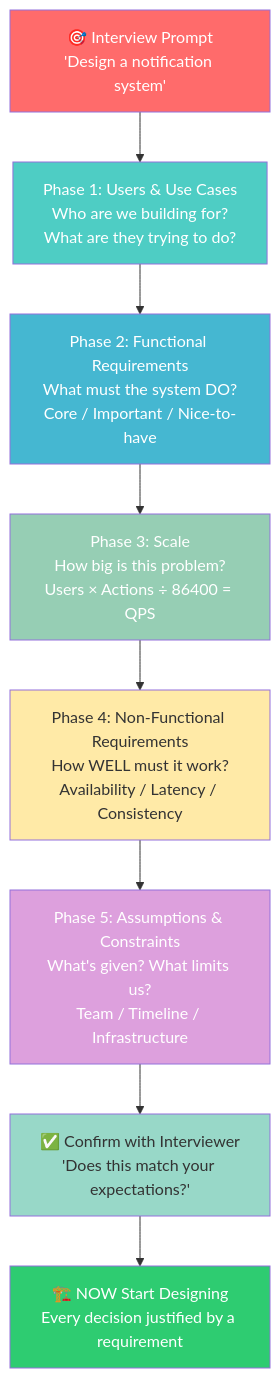
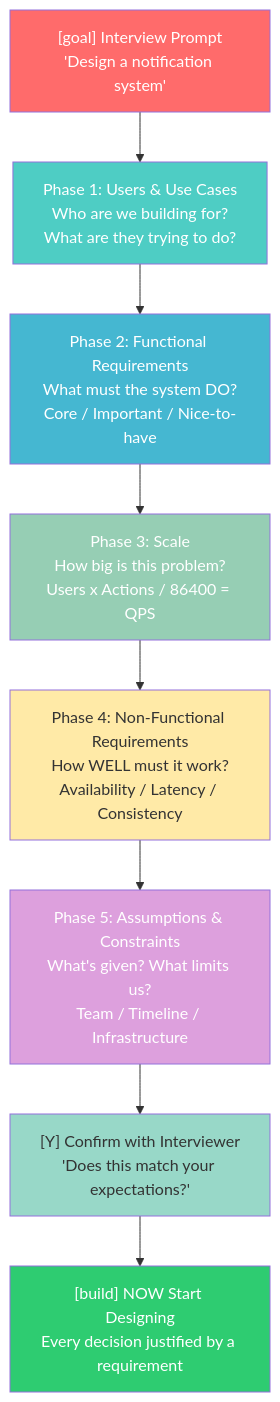
The first of 5 diagrams in Section2/Chapter_13_System_Design_Framework.md (ranjeetnegi/System-Design-for-Staff-SWE), drawn with Mermaid before and after one commit. The commit also changed other lines of this file and 20 other files, not shown here.

````diff
--- a/Section2/Chapter_13_System_Design_Framework.md
+++ b/Section2/Chapter_13_System_Design_Framework.md
@@ -57,21 +57,21 @@
 ```mermaid
 flowchart TD
-    A["🎯 Interview Prompt<br/>'Design a notification system'"] --> B
+    A["[goal] Interview Prompt<br/>'Design a notification system'"] --> B
 
     B["Phase 1: Users & Use Cases<br/>Who are we building for?<br/>What are they trying to do?"]
     B --> C["Phase 2: Functional Requirements<br/>What must the system DO?<br/>Core / Important / Nice-to-have"]
-    C --> D["Phase 3: Scale<br/>How big is this problem?<br/>Users × Actions ÷ 86400 = QPS"]
+    C --> D["Phase 3: Scale<br/>How big is this problem?<br/>Users x Actions / 86400 = QPS"]
     D --> E["Phase 4: Non-Functional Requirements<br/>How WELL must it work?<br/>Availability / Latency / Consistency"]
     E --> F["Phase 5: Assumptions & Constraints<br/>What's given? What limits us?<br/>Team / Timeline / Infrastructure"]
-    F --> G["✅ Confirm with Interviewer<br/>'Does this match your expectations?'"]
-    G --> H["🏗️ NOW Start Designing<br/>Every decision justified by a requirement"]
+    F --> G["[Y] Confirm with Interviewer<br/>'Does this match your expectations?'"]
+    G --> H["[build] NOW Start Designing<br/>Every decision justified by a requirement"]
 
     style A fill:#ff6b6b,color:#fff
     style B fill:#4ecdc4,color:#fff
     style C fill:#45b7d1,color:#fff
     style D fill:#96ceb4,color:#fff
     style E fill:#ffeaa7,color:#333
     style F fill:#dda0dd,color:#fff
     style G fill:#98d8c8,color:#333
     style H fill:#2ecc71,color:#fff
 ```
````
